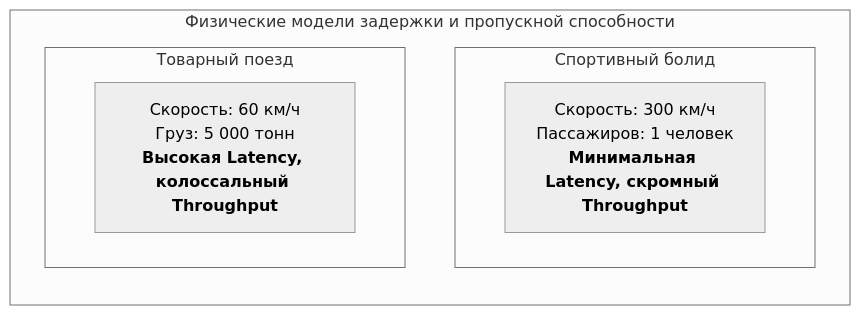
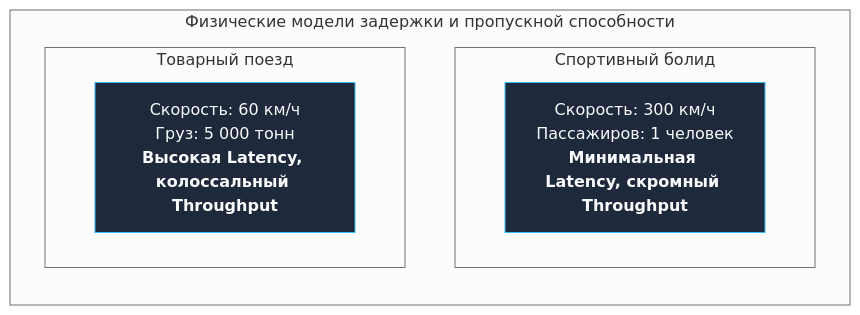
The first of 4 diagrams in sources/16. Профилирование, отладка и производительность/01. Фундамент/2. Latency vs throughput.md (UnrealTemplier/go-textbook), drawn with Mermaid (neutral theme) before and after one commit. The commit also changed other lines of this file and 1666 other files, not shown here.

First line of the commit message:
feat(mermaid): add semantic color classDef to 1369 colorless flowchart/graph diagrams

````diff
--- a/sources/16. Профилирование, отладка и производительность/01. Фундамент/2. Latency vs throughput.md
+++ b/sources/16. Профилирование, отладка и производительность/01. Фундамент/2. Latency vs throughput.md
@@ -10,11 +10,21 @@
 ```mermaid
 flowchart LR
+    classDef process  fill:#1e293b,stroke:#38bdf8,stroke-width:1px,color:#f8fafc
+    classDef success  fill:#064e3b,stroke:#34d399,stroke-width:1px,color:#f8fafc
+    classDef error    fill:#7f1d1d,stroke:#f87171,stroke-width:1px,color:#f8fafc
+    classDef warning  fill:#78350f,stroke:#fbbf24,stroke-width:1px,color:#f8fafc
+    classDef entry    fill:#1e3a5f,stroke:#38bdf8,stroke-width:2px,color:#f8fafc
+    classDef aux      fill:#334155,stroke:#64748b,stroke-width:1px,color:#f8fafc
+    classDef system   fill:#312e81,stroke:#a78bfa,stroke-width:1px,color:#f8fafc
+    classDef data     fill:#132d29,stroke:#2dd4bf,stroke-width:1px,color:#f8fafc
+    classDef network  fill:#881337,stroke:#fb7185,stroke-width:1px,color:#f8fafc
+    classDef accent   fill:#1e1b4b,stroke:#818cf8,stroke-width:1px,color:#f8fafc
     subgraph Analogies["Физические модели задержки и пропускной способности"]
         subgraph Car["Спортивный болид"]
-            C1["Скорость: 300 км/ч<br/>Пассажиров: 1 человек<br/><b>Минимальная Latency, скромный Throughput</b>"]
+            C1["Скорость: 300 км/ч<br/>Пассажиров: 1 человек<br/><b>Минимальная Latency, скромный Throughput</b>"]:::process
         end
         subgraph Train["Товарный поезд"]
-            T1["Скорость: 60 км/ч<br/>Груз: 5 000 тонн<br/><b>Высокая Latency, колоссальный Throughput</b>"]
+            T1["Скорость: 60 км/ч<br/>Груз: 5 000 тонн<br/><b>Высокая Latency, колоссальный Throughput</b>"]:::process
         end
     end
 ```
````
